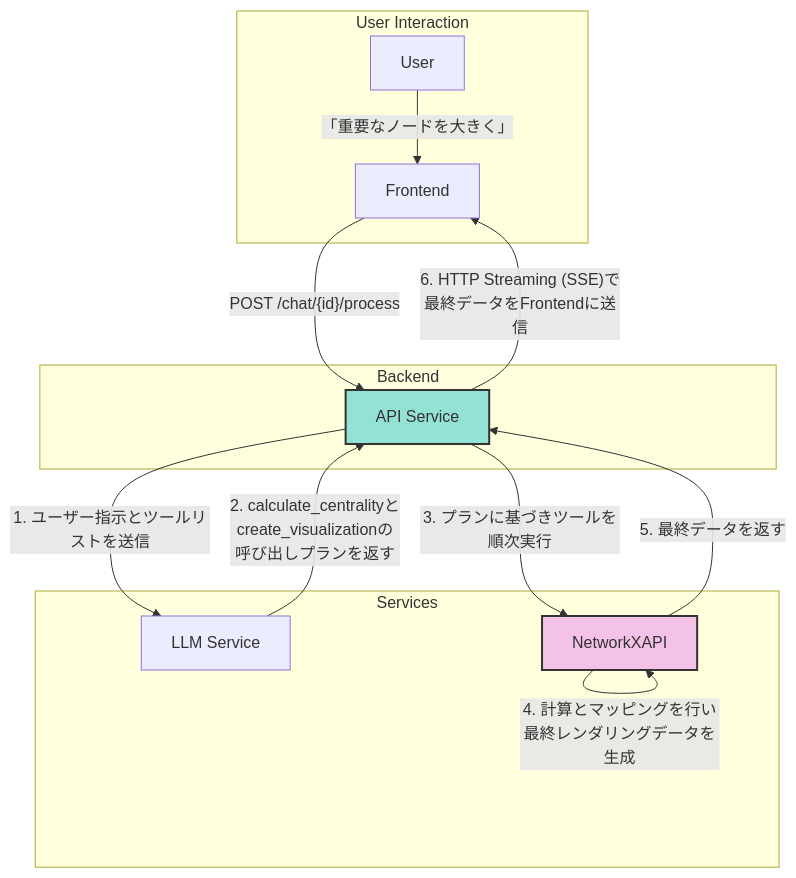
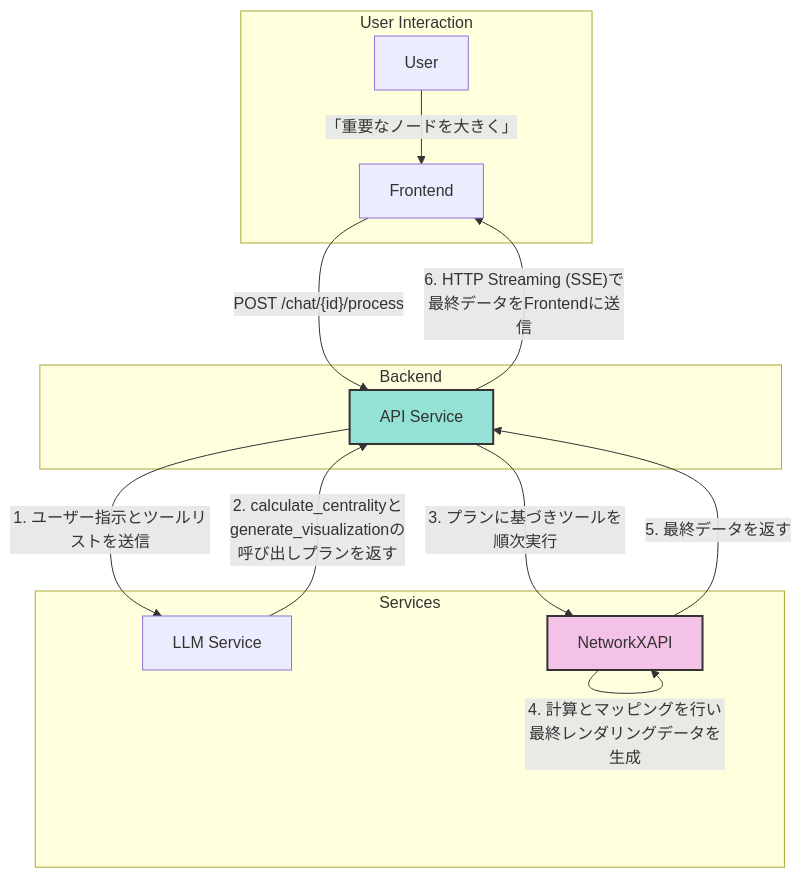
One commit to vdslab/LLMGraphvis changed the second of 2 diagrams in specification/2_Technical_Details/1_Backend.md. Above: the diagram before and after it, drawn with Mermaid. The commit also changed other lines of this file and 4 other files, not shown here.

First line of the commit message:
Rename create_visualization to generate_visualization

````diff
--- a/specification/2_Technical_Details/1_Backend.md
+++ b/specification/2_Technical_Details/1_Backend.md
@@ -97,26 +97,26 @@
 ```mermaid
 graph TD
     subgraph User Interaction
         U[User] -- "「重要なノードを大きく」" --> F[Frontend]
     end
 
     subgraph Backend
         B_API[API Service]
     end
 
     subgraph Services
         LLM[LLM Service]
         NXAPI[NetworkXAPI]
     end
 
     F -- "POST /chat/{id}/process" --> B_API
     B_API -- "1. ユーザー指示とツールリストを送信" --> LLM
-    LLM -- "2. calculate_centralityと<br/>create_visualizationの<br/>呼び出しプランを返す" --> B_API
+    LLM -- "2. calculate_centralityと<br/>generate_visualizationの<br/>呼び出しプランを返す" --> B_API
     B_API -- "3. プランに基づきツールを順次実行" --> NXAPI
     NXAPI -- "4. 計算とマッピングを行い<br/>最終レンダリングデータを生成" --> NXAPI
     NXAPI -- "5. 最終データを返す" --> B_API
     B_API -- "6. HTTP Streaming (SSE)で<br/>最終データをFrontendに送信" --> F
 
     style B_API fill:#94e2d5,stroke:#333,stroke-width:2px
     style NXAPI fill:#f5c2e7,stroke:#333,stroke-width:2px
 ```
````
